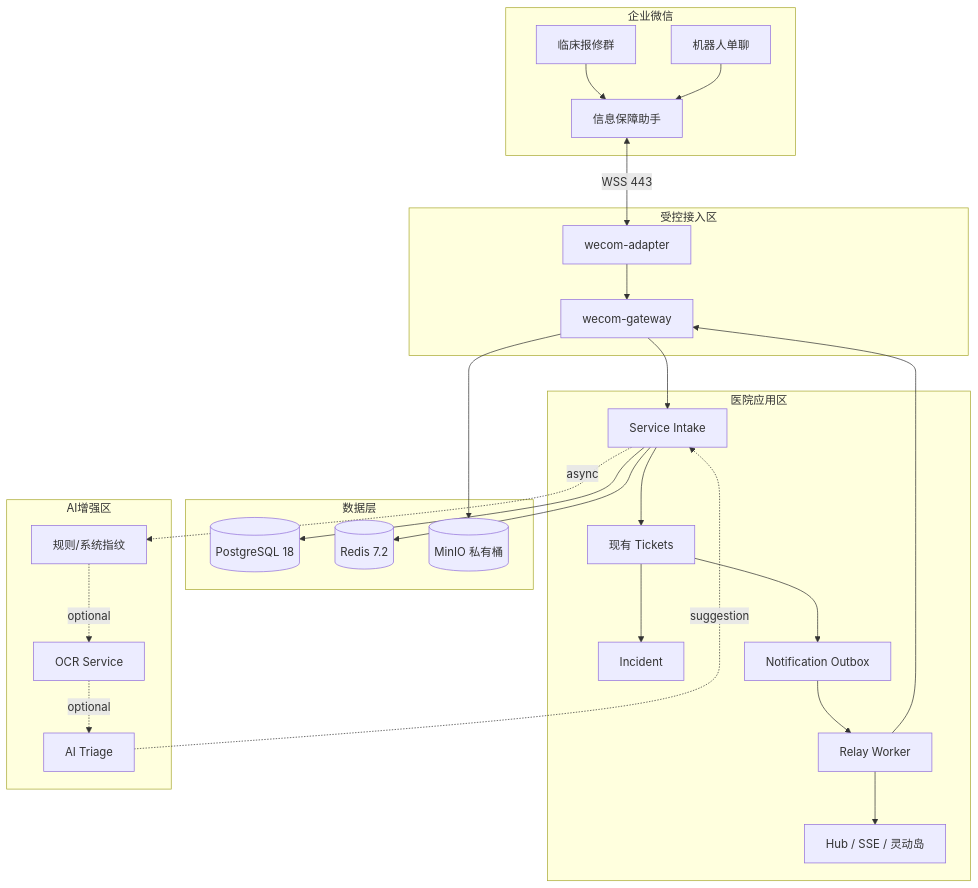
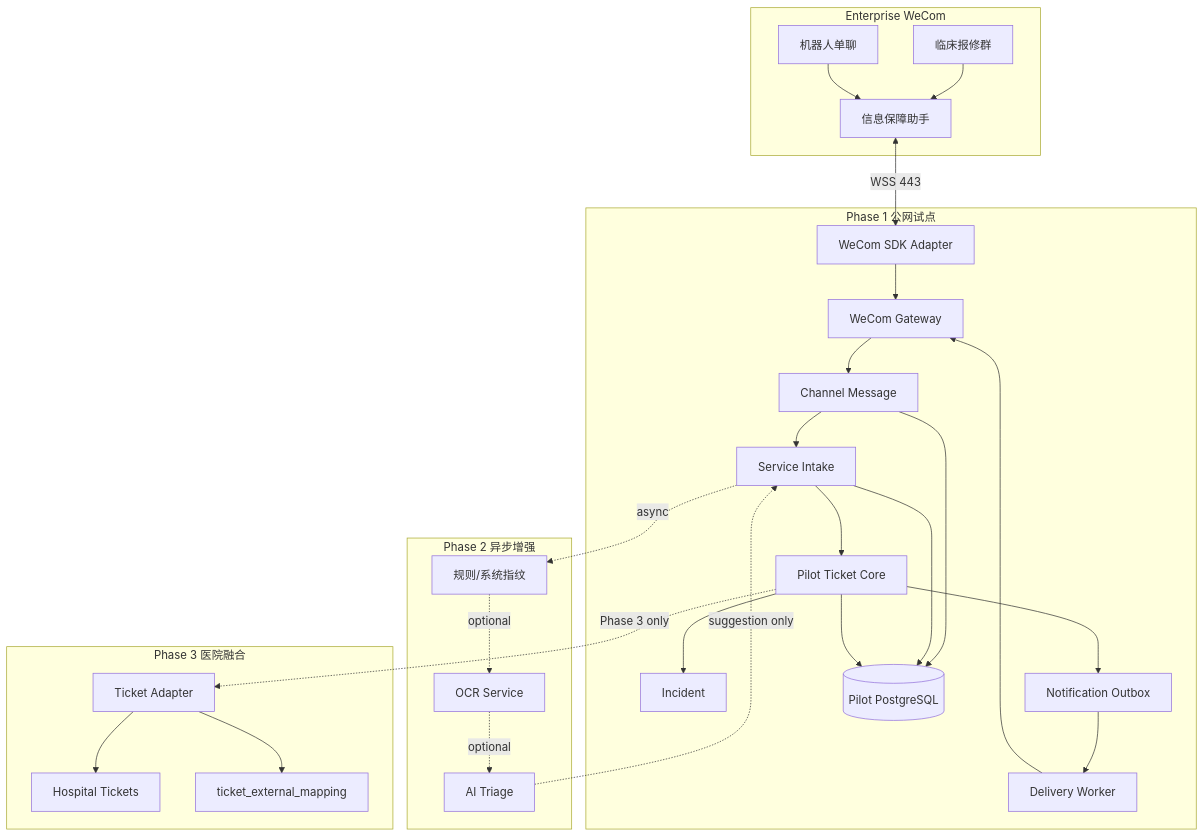
Before and after one commit to peterkis/Fault-Reporting-WeCom-Assistant: the diagram in architecture/overall_architecture.mmd, drawn with Mermaid. The commit also changed 76 other files, not shown here.

Commit message:
Architecture Baseline refactor

```diff
--- a/architecture/overall_architecture.mmd
+++ b/architecture/overall_architecture.mmd
@@ -1,51 +1,52 @@
 flowchart TB
-    subgraph WECOM[企业微信]
+    subgraph WECOM[Enterprise WeCom]
         GROUP[临床报修群]
         DIRECT[机器人单聊]
         BOT[信息保障助手]
     end
 
-    subgraph ACCESS[受控接入区]
-        ADAPTER[wecom-adapter]
-        GATEWAY[wecom-gateway]
+    subgraph PILOT[Phase 1 公网试点]
+        ADAPTER[WeCom SDK Adapter]
+        GATEWAY[WeCom Gateway]
+        MESSAGE[Channel Message]
+        INTAKE[Service Intake]
+        PILOT_TICKET[Pilot Ticket Core]
+        INCIDENT[Incident]
+        OUTBOX[Notification Outbox]
+        DELIVERY[Delivery Worker]
+        PG[(Pilot PostgreSQL)]
     end
 
-    subgraph CORE[医院应用区]
-        INTAKE[Service Intake]
-        TICKETS[现有 Tickets]
-        INCIDENT[Incident]
-        OUTBOX[Notification Outbox]
-        RELAY[Relay Worker]
-        HUB[Hub / SSE / 灵动岛]
-    end
-
-    subgraph DATA[数据层]
-        PG[(PostgreSQL 18)]
-        REDIS[(Redis 7.2)]
-        MINIO[(MinIO 私有桶)]
-    end
-
-    subgraph AI[AI增强区]
+    subgraph AI[Phase 2 异步增强]
         RULES[规则/系统指纹]
         OCR[OCR Service]
         TRIAGE[AI Triage]
+    end
+
+    subgraph HOSPITAL[Phase 3 医院融合]
+        TICKET_ADAPTER[Ticket Adapter]
+        HOSPITAL_TICKETS[Hospital Tickets]
+        MAPPING[ticket_external_mapping]
     end
 
     GROUP --> BOT
     DIRECT --> BOT
     BOT <-->|WSS 443| ADAPTER
     ADAPTER --> GATEWAY
-    GATEWAY --> INTAKE
+    GATEWAY --> MESSAGE
+    MESSAGE --> INTAKE
+    INTAKE --> PILOT_TICKET
+    PILOT_TICKET --> INCIDENT
+    PILOT_TICKET --> OUTBOX
+    OUTBOX --> DELIVERY
+    DELIVERY --> GATEWAY
+    MESSAGE --> PG
     INTAKE --> PG
-    INTAKE --> TICKETS
-    TICKETS --> INCIDENT
-    TICKETS --> OUTBOX
-    OUTBOX --> RELAY
-    RELAY --> GATEWAY
-    RELAY --> HUB
-    GATEWAY --> MINIO
-    INTAKE --> REDIS
+    PILOT_TICKET --> PG
     INTAKE -.async.-> RULES
     RULES -.optional.-> OCR
     OCR -.optional.-> TRIAGE
-    TRIAGE -.suggestion.-> INTAKE
+    TRIAGE -.suggestion only.-> INTAKE
+    PILOT_TICKET -.Phase 3 only.-> TICKET_ADAPTER
+    TICKET_ADAPTER --> HOSPITAL_TICKETS
+    TICKET_ADAPTER --> MAPPING
```
